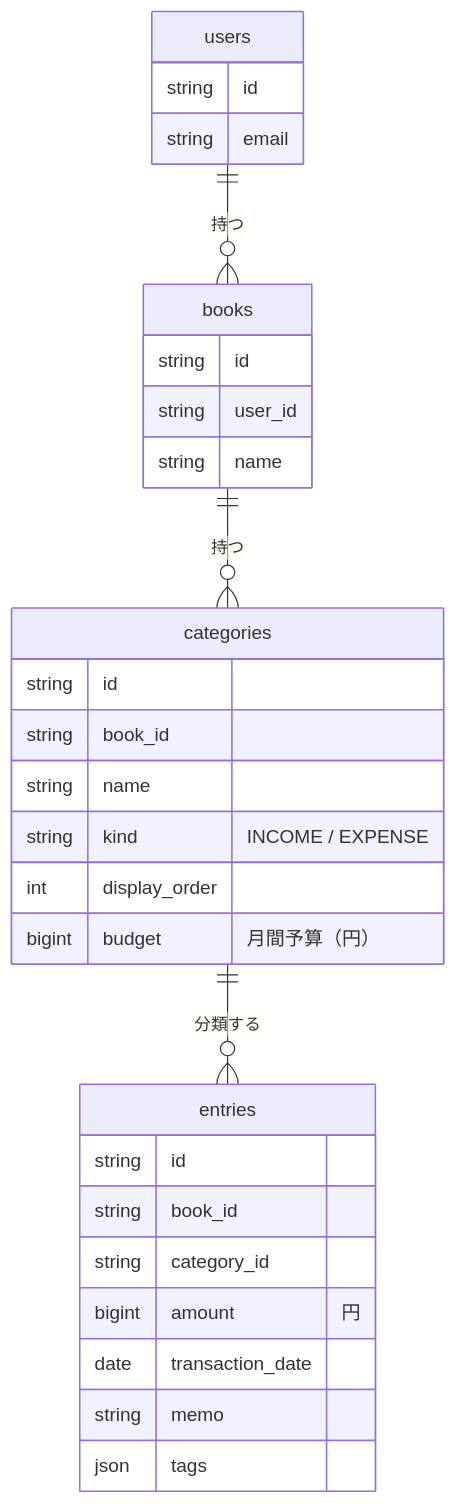
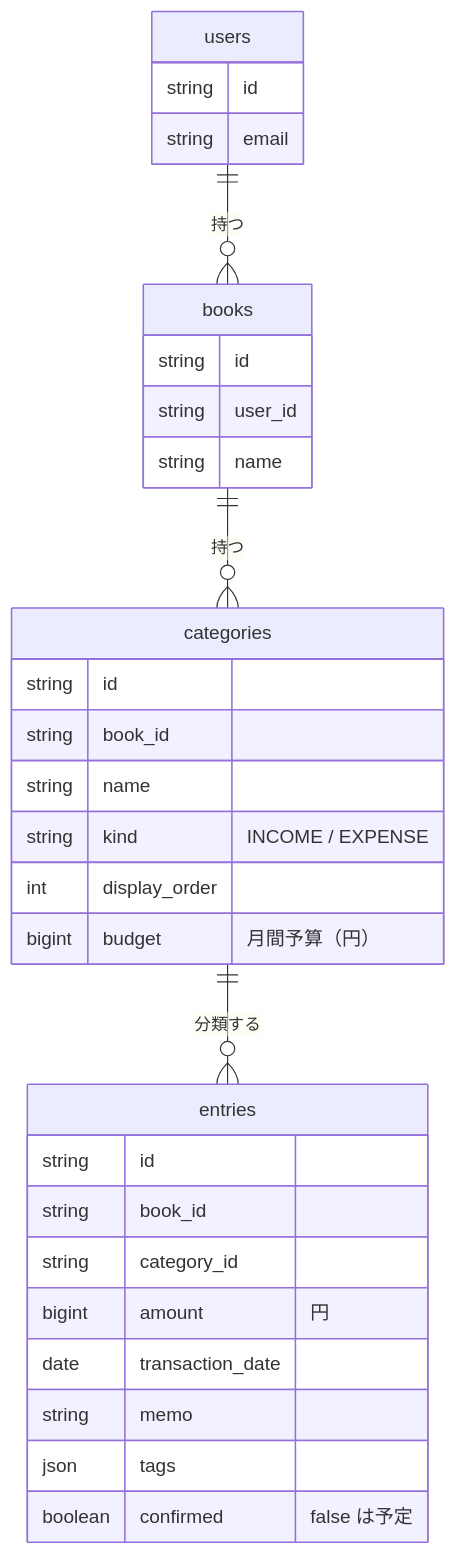
The second of 2 diagrams in README.md (NakamuraKazki051/finance-manager-app), drawn with Mermaid before and after one commit. The commit also changed other lines of this file and 19 other files, not shown here.

````diff
--- a/README.md
+++ b/README.md
@@ -112,10 +118,10 @@
 ```mermaid
 erDiagram
     users ||--o{ books : "持つ"
     books ||--o{ categories : "持つ"
     categories ||--o{ entries : "分類する"
     users { string id string email }
     books { string id string user_id string name }
     categories { string id string book_id string name string kind "INCOME / EXPENSE" int display_order bigint budget "月間予算（円）" }
-    entries { string id string book_id string category_id bigint amount "円" date transaction_date string memo json tags }
+    entries { string id string book_id string category_id bigint amount "円" date transaction_date string memo json tags boolean confirmed "false は予定" }
 ```
````
